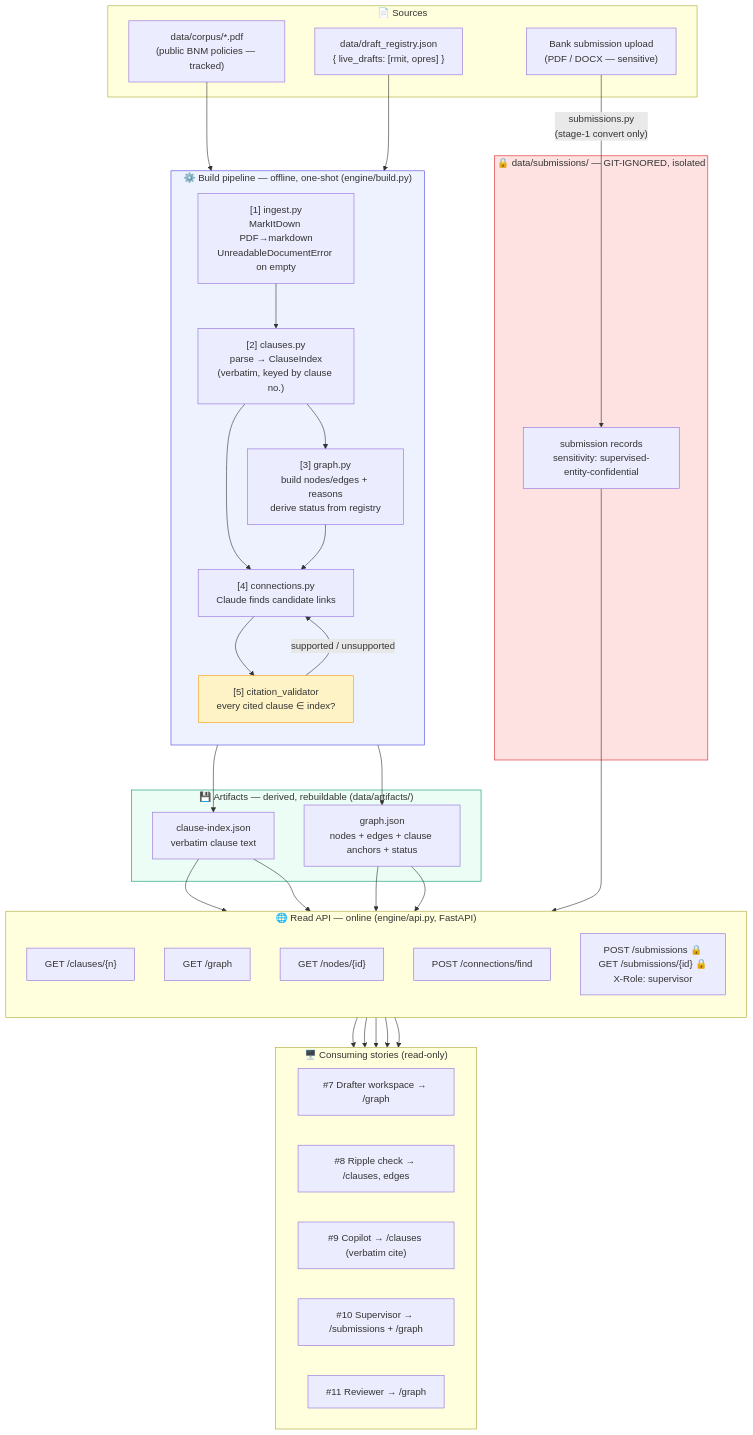
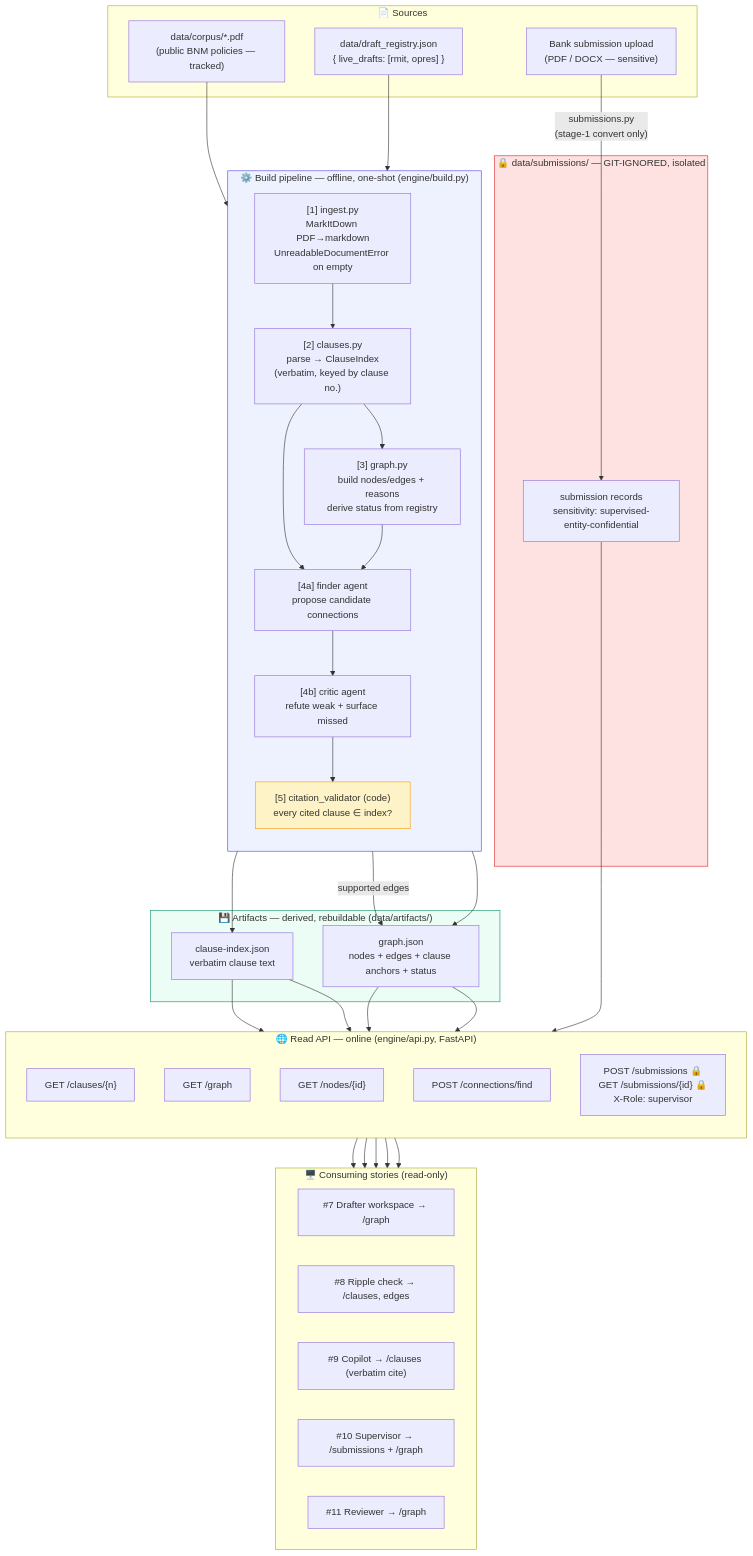
Before and after one commit to dzaffren/copa-hackathon: the first of 3 diagrams in docs/specs/rulebook-radar/spec-knowledge-graph-engine.md, drawn with Mermaid. The commit also changed other lines of this file and 1 other file, not shown here.

````diff
--- a/docs/specs/rulebook-radar/spec-knowledge-graph-engine.md
+++ b/docs/specs/rulebook-radar/spec-knowledge-graph-engine.md
@@ -677,62 +906,63 @@
 ```mermaid
 flowchart TB
     subgraph SRC["📄 Sources"]
         PDF["data/corpus/*.pdf<br/>(public BNM policies — tracked)"]
         REG["data/draft_registry.json<br/>{ live_drafts: [rmit, opres] }"]
         UP["Bank submission upload<br/>(PDF / DOCX — sensitive)"]
     end
 
     subgraph BUILD["⚙️ Build pipeline — offline, one-shot (engine/build.py)"]
         direction TB
         ING["[1] ingest.py<br/>MarkItDown PDF→markdown<br/>UnreadableDocumentError on empty"]
         CLS["[2] clauses.py<br/>parse → ClauseIndex<br/>(verbatim, keyed by clause no.)"]
         GRAPH["[3] graph.py<br/>build nodes/edges + reasons<br/>derive status from registry"]
-        CONN["[4] connections.py<br/>Claude finds candidate links"]
-        VAL["[5] citation_validator<br/>every cited clause ∈ index?"]
+        FIND["[4a] finder agent<br/>propose candidate connections"]
+        CRIT["[4b] critic agent<br/>refute weak + surface missed"]
+        VAL["[5] citation_validator (code)<br/>every cited clause ∈ index?"]
         ING --> CLS --> GRAPH
-        CLS --> CONN --> VAL
-        GRAPH --> CONN
+        CLS --> FIND --> CRIT --> VAL
+        GRAPH --> FIND
     end
 
     subgraph ART["💾 Artifacts — derived, rebuildable (data/artifacts/)"]
         CI["clause-index.json<br/>verbatim clause text"]
         GJ["graph.json<br/>nodes + edges + clause anchors + status"]
     end
 
     subgraph SUB["🔒 data/submissions/ — GIT-IGNORED, isolated"]
         SR["submission records<br/>sensitivity: supervised-entity-confidential"]
     end
 
     subgraph API["🌐 Read API — online (engine/api.py, FastAPI)"]
         direction TB
         E1["GET /clauses/{n}"]
         E2["GET /graph"]
         E3["GET /nodes/{id}"]
         E4["POST /connections/find"]
         E5["POST /submissions 🔒<br/>GET /submissions/{id} 🔒<br/>X-Role: supervisor"]
     end
 
     subgraph CONS["🖥️ Consuming stories (read-only)"]
         C7["#7 Drafter workspace → /graph"]
         C8["#8 Ripple check → /clauses, edges"]
         C9["#9 Copilot → /clauses (verbatim cite)"]
         C10["#10 Supervisor → /submissions + /graph"]
         C11["#11 Reviewer → /graph"]
     end
 
     PDF --> ING
     REG --> GRAPH
-    VAL -->|supported / unsupported| CONN
+    VAL -->|supported edges| GJ
     GRAPH --> GJ
     CLS --> CI
     CI --> E1 & E4
     GJ --> E2 & E3
     UP -->|"submissions.py<br/>(stage-1 convert only)"| SR
     SR --> E5
     E1 & E2 & E3 & E4 & E5 --> CONS
 
     style SUB fill:#fee2e2,stroke:#dc2626
     style BUILD fill:#eef2ff,stroke:#4f46e5
     style ART fill:#ecfdf5,stroke:#059669
     style VAL fill:#fef3c7,stroke:#f59e0b
 ```
````
